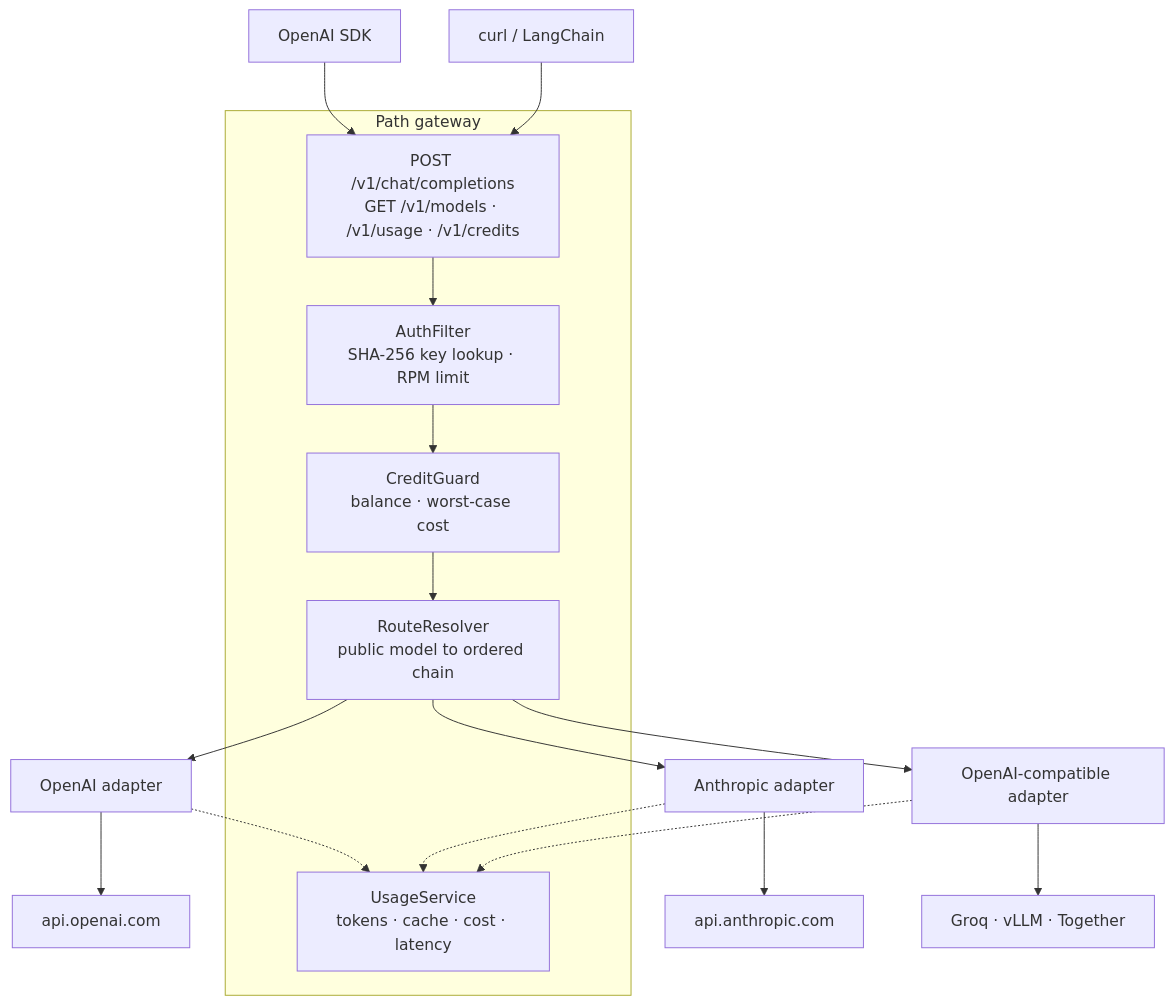
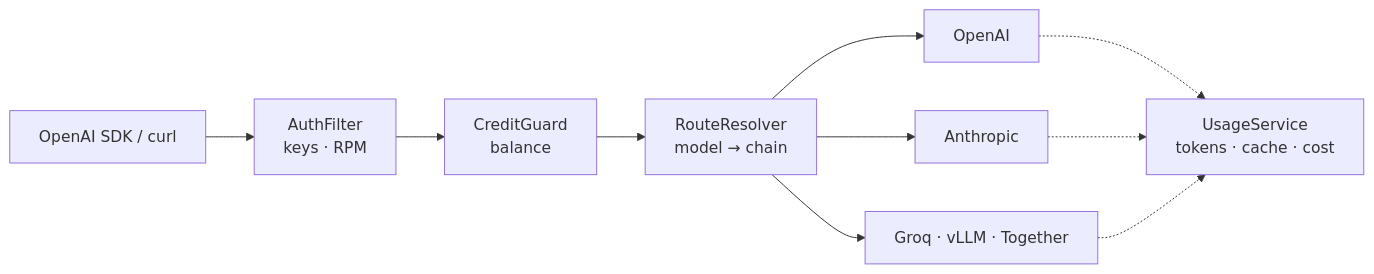
The diagram in README.md (an1ndra/path), drawn with Mermaid before and after one commit. The commit also changed other lines of this file and 1 other file, not shown here.

Commit message:
Add GPL-3.0 license and a compact architecture diagram

````diff
--- a/README.md
+++ b/README.md
@@ -7,29 +9,12 @@
 ```mermaid
-flowchart TB
-    SDK["OpenAI SDK"]
-    CURL["curl / LangChain"]
-
-    subgraph GW["Path gateway"]
-        API["POST /v1/chat/completions<br/>GET /v1/models · /v1/usage · /v1/credits"]
-        AUTH["AuthFilter<br/>SHA-256 key lookup · RPM limit"]
-        GUARD["CreditGuard<br/>balance · worst-case cost"]
-        ROUTE["RouteResolver<br/>public model to ordered chain"]
-        COST["UsageService<br/>tokens · cache · cost · latency"]
-        API --> AUTH --> GUARD --> ROUTE
-    end
-
-    OAI["OpenAI adapter"]
-    ANT["Anthropic adapter"]
-    CMP["OpenAI-compatible adapter"]
-
-    SDK --> API
-    CURL --> API
-
-    ROUTE --> OAI --> U1["api.openai.com"]
-    ROUTE --> ANT --> U2["api.anthropic.com"]
-    ROUTE --> CMP --> U3["Groq · vLLM · Together"]
-
-    OAI -.-> COST
-    ANT -.-> COST
-    CMP -.-> COST
+flowchart LR
+    C["OpenAI SDK / curl"] --> A["AuthFilter<br/>keys · RPM"]
+    A --> G["CreditGuard<br/>balance"]
+    G --> R["RouteResolver<br/>model → chain"]
+    R --> O["OpenAI"]
+    R --> N["Anthropic"]
+    R --> X["Groq · vLLM · Together"]
+    O -.-> U["UsageService<br/>tokens · cache · cost"]
+    N -.-> U
+    X -.-> U
 ```
````
